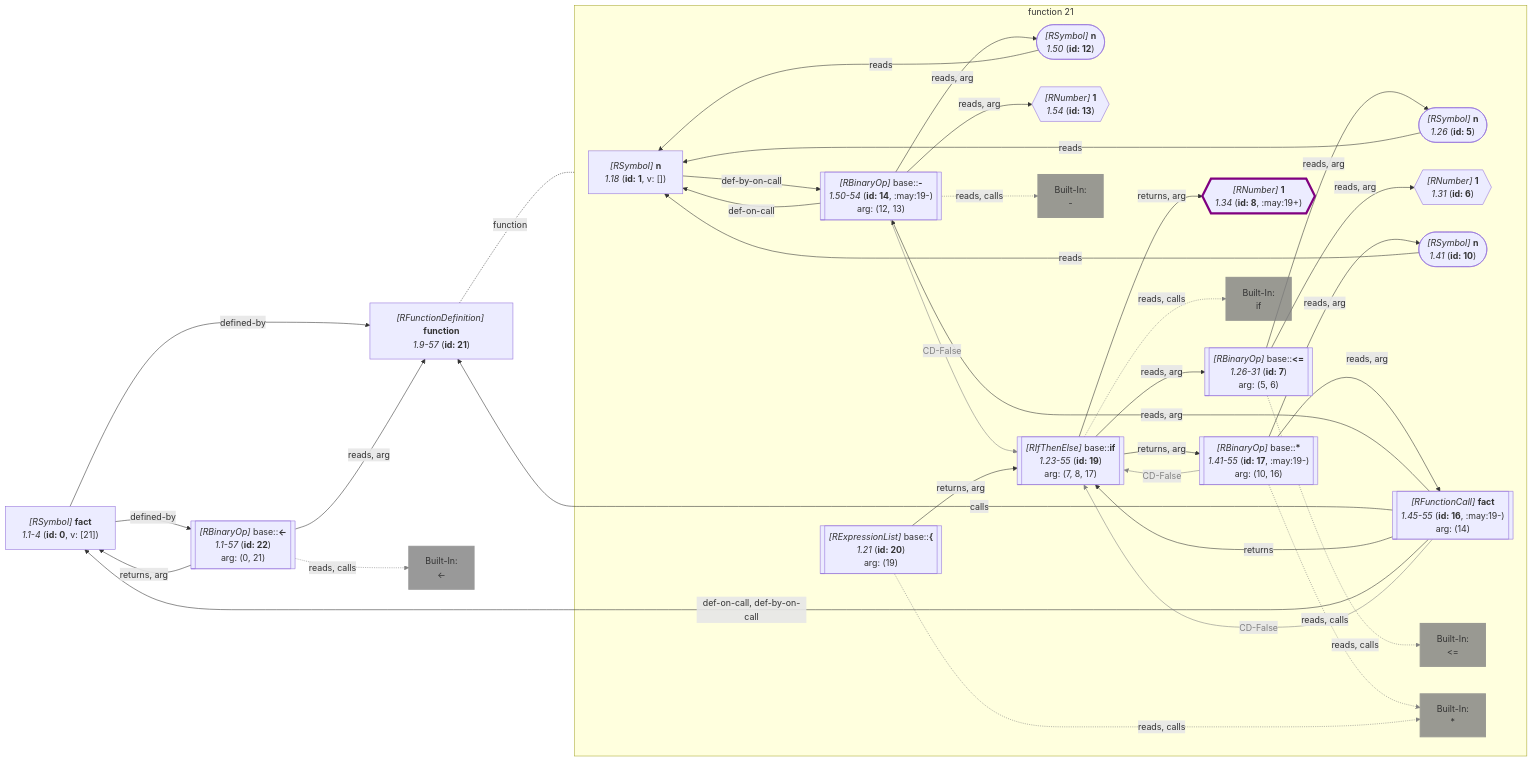
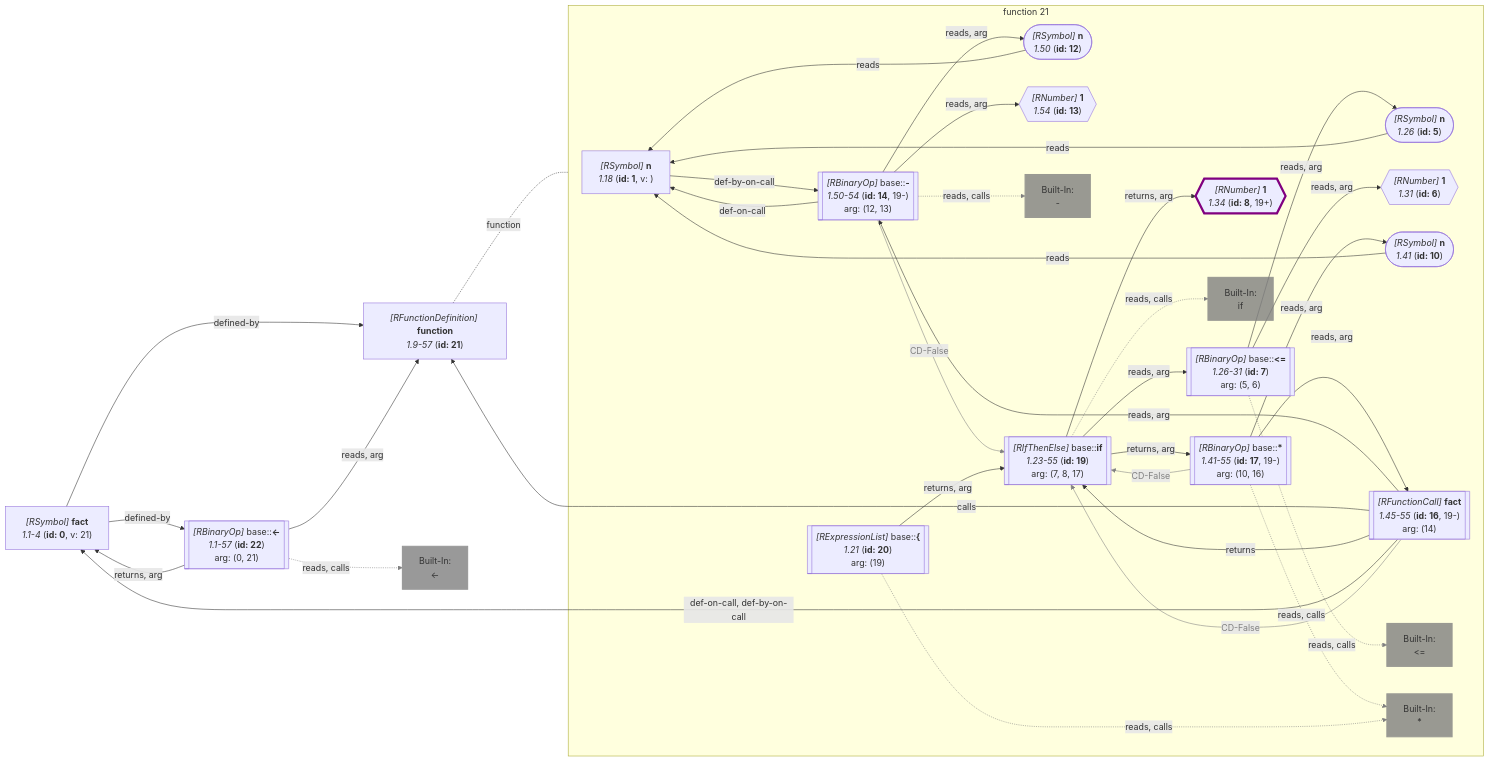
Diagram 15 of 21 in wiki/Query API.md (flowr-analysis/flowr), drawn with Mermaid before and after one commit. The commit also changed other lines of this file and 134 other files, not shown here.

```diff
--- a/wiki/Query API.md
+++ b/wiki/Query API.md
@@ -5104,7 +5270,7 @@
 
 subgraph "flow-21" [function 21]
     1["`*#91;RSymbol#93;* **n**
-      *1.18* (**id: 1**, v: [])`"]
+      *1.18* (**id: 1**, v: )`"]
     5(["`*#91;RSymbol#93;* **n**
       *1.26* (**id: 5**)`"])
     6{{"`*#91;RNumber#93;* **1**
@@ -5117,7 +5283,7 @@
 #60;=`"]
     style built-in:__ stroke:gray,fill:gray,stroke-width:2px,opacity:.8;
     8{{"`*#91;RNumber#93;* **1**
-      *1.34* (**id: 8**, :may:19+)`"}}
+      *1.34* (**id: 8**, 19+)`"}}
    %% No edges found for 8
     10(["`*#91;RSymbol#93;* **n**
       *1.41* (**id: 10**)`"])
@@ -5127,21 +5293,21 @@
       *1.54* (**id: 13**)`"}}
    %% No edges found for 13
     14[["`*#91;RBinaryOp#93;* base#58;#58;**#45;**
-      *1.50-54* (**id: 14**, :may:19-)
+      *1.50-54* (**id: 14**, 19-)
     arg: (12, 13)`"]]
     built-in:-["`Built-In:
 #45;`"]
     style built-in:- stroke:gray,fill:gray,stroke-width:2px,opacity:.8;
     %% Environment of 16 [level: 1]:
     %% Built-in
-    %% 1097----------------------------------------
-    %% 1098----------------------------------------
+    %% 2645----------------------------------------
+    %% 2646----------------------------------------
     %%   n: {**n** (id: 1, type: Parameter, def. @2)}
     16[["`*#91;RFunctionCall#93;* **fact**
-      *1.45-55* (**id: 16**, :may:19-)
+      *1.45-55* (**id: 16**, 19-)
     arg: (14)`"]]
     17[["`*#91;RBinaryOp#93;* base#58;#58;**#42;**
-      *1.41-55* (**id: 17**, :may:19-)
+      *1.41-55* (**id: 17**, 19-)
     arg: (10, 16)`"]]
     built-in:_["`Built-In:
 #42;`"]
@@ -5159,7 +5325,7 @@
 end
    %% No edges found for 21
     0["`*#91;RSymbol#93;* **fact**
-      *1.1-4* (**id: 0**, v: [21])`"]
+      *1.1-4* (**id: 0**, v: 21)`"]
     22[["`*#91;RBinaryOp#93;* base#58;#58;**#60;#45;**
       *1.1-57* (**id: 22**)
     arg: (0, 21)`"]]
```
